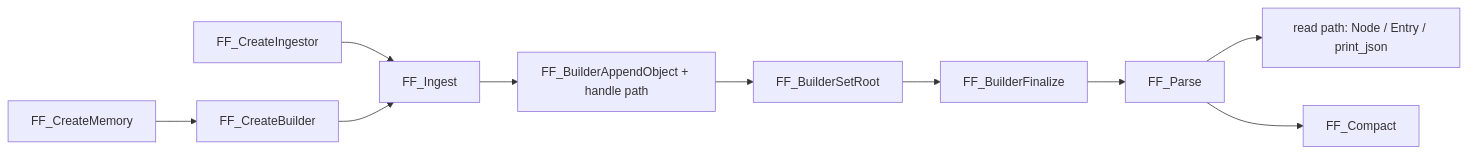
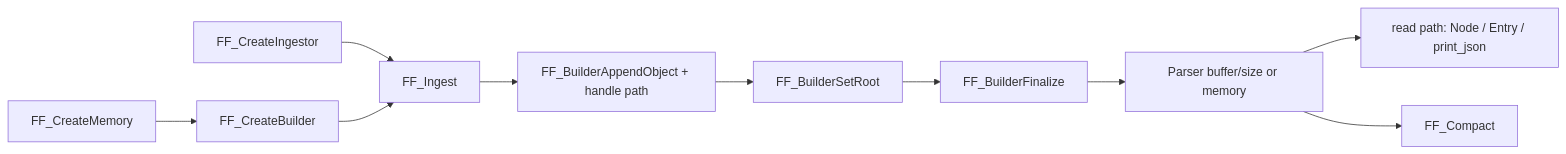
The second of 2 diagrams in docs/api.adoc (ryanlandvater/FastFHIR), drawn with Mermaid before and after one commit. The commit also changed other lines of this file and 30 other files, not shown here.

````diff
--- a/docs/api.adoc
+++ b/docs/api.adoc
@@ -331,12 +348,12 @@
 ```mermaid
 flowchart LR
     A[FF_CreateMemory] --> B[FF_CreateBuilder]
     C[FF_CreateIngestor] --> D[FF_Ingest]
     B --> D
     D --> E[FF_BuilderAppendObject + handle path]
     E --> F[FF_BuilderSetRoot]
     F --> G[FF_BuilderFinalize]
-    G --> H[FF_Parse]
+    G --> H[Parser buffer/size or memory]
     H --> I[read path: Node / Entry / print_json]
     H --> J[FF_Compact]
 ```
````
